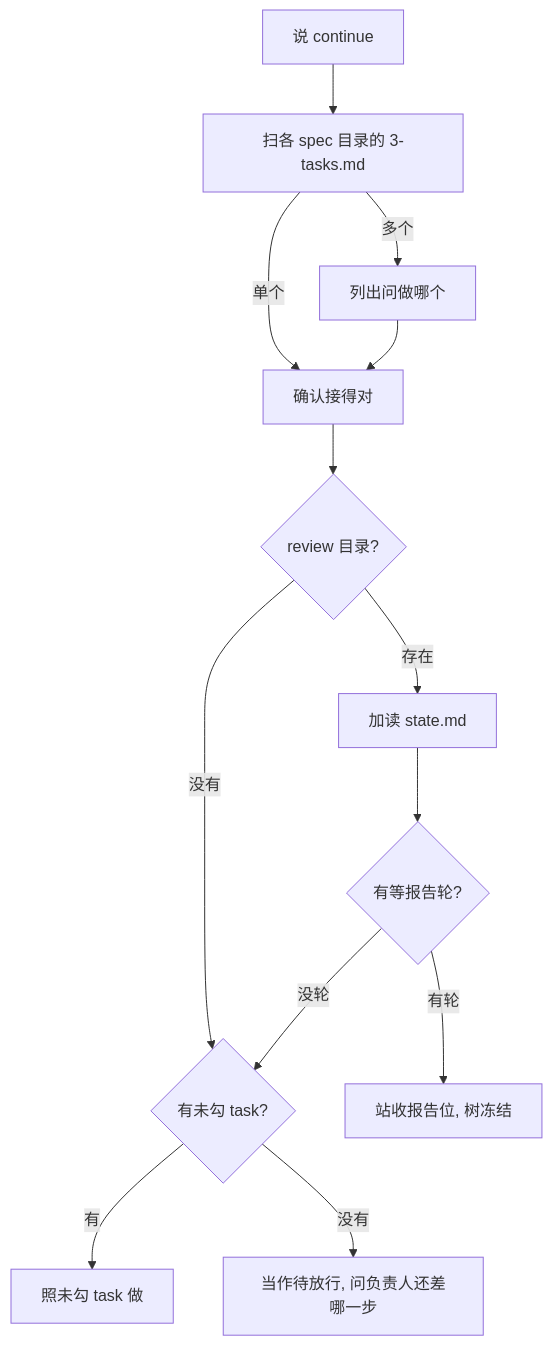
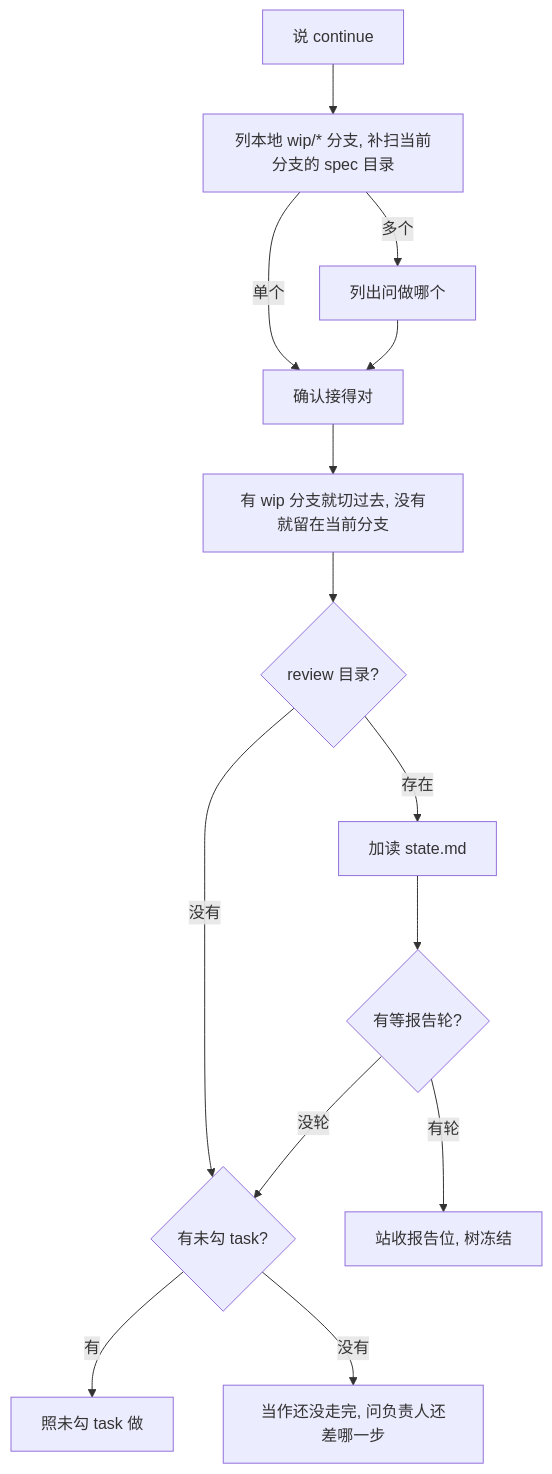
Before and after one commit to imknown/AndroidLowLevelDetector: the second of 2 diagrams in docs/agents-cn/13-工作流.md, drawn with Mermaid. The commit also changed other lines of this file and 5 other files, not shown here.

First line of the commit message:
docs(agents): defer spec commits to a wip branch

````diff
--- a/docs/agents-cn/13-工作流.md
+++ b/docs/agents-cn/13-工作流.md
@@ -55,15 +61,16 @@
 ```mermaid
 flowchart TD
-    A[说 continue] --> B[扫各 spec 目录的 3-tasks.md]
+    A[说 continue] --> B[列本地 wip/* 分支, 补扫当前分支的 spec 目录]
     B -->|多个| C[列出问做哪个]
     B -->|单个| D[确认接得对]
     C --> D
-    D --> E{review 目录?}
-    E -->|存在| K[加读 state.md]
-    K --> G{有等报告轮?}
-    E -->|没有| F{有未勾 task?}
-    G -->|有轮| I[站收报告位, 树冻结]
-    G -->|没轮| F
-    F -->|有| H[照未勾 task 做]
-    F -->|没有| J[当作待放行, 问负责人还差哪一步]
+    D --> E[有 wip 分支就切过去, 没有就留在当前分支]
+    E --> F{review 目录?}
+    F -->|存在| G[加读 state.md]
+    G --> H{有等报告轮?}
+    F -->|没有| I{有未勾 task?}
+    H -->|有轮| J[站收报告位, 树冻结]
+    H -->|没轮| I
+    I -->|有| K[照未勾 task 做]
+    I -->|没有| L[当作还没走完, 问负责人还差哪一步]
 ```
````
